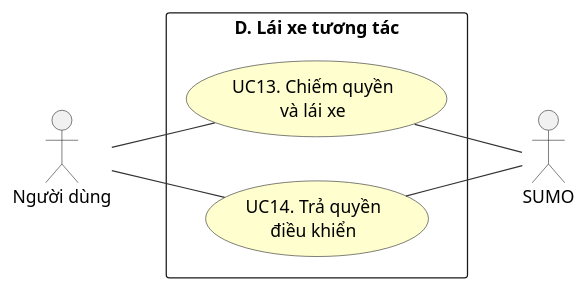
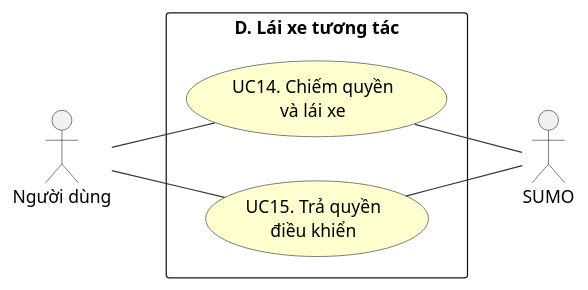
Before and after one commit to MinhHoang137/SUMO-GR1: the diagram in DiagramsCode/hinh2.6-usecase-nhom-D.puml, drawn with PlantUML. The commit also changed 33 other files, not shown here.

```diff
--- a/DiagramsCode/hinh2.6-usecase-nhom-D.puml
+++ b/DiagramsCode/hinh2.6-usecase-nhom-D.puml
@@ -1,22 +1,22 @@
 @startuml hinh2.6-usecase-nhom-D
 left to right direction
 skinparam packageStyle rectangle
 skinparam usecaseBorderColor #333333
 skinparam usecaseBackgroundColor #FEFECE
 skinparam actorBorderColor #333333
 skinparam ArrowColor #333333
 
 actor "Người dùng" as User
 actor "SUMO" as SUMO
 
 rectangle "D. Lái xe tương tác" {
-  usecase "UC13. Chiếm quyền\nvà lái xe" as UC13
-  usecase "UC14. Trả quyền\nđiều khiển" as UC14
+  usecase "UC14. Chiếm quyền\nvà lái xe" as UC14
+  usecase "UC15. Trả quyền\nđiều khiển" as UC15
 }
 
-User -- UC13
 User -- UC14
-UC13 -- SUMO
+User -- UC15
 UC14 -- SUMO
+UC15 -- SUMO
 
 @enduml
```
